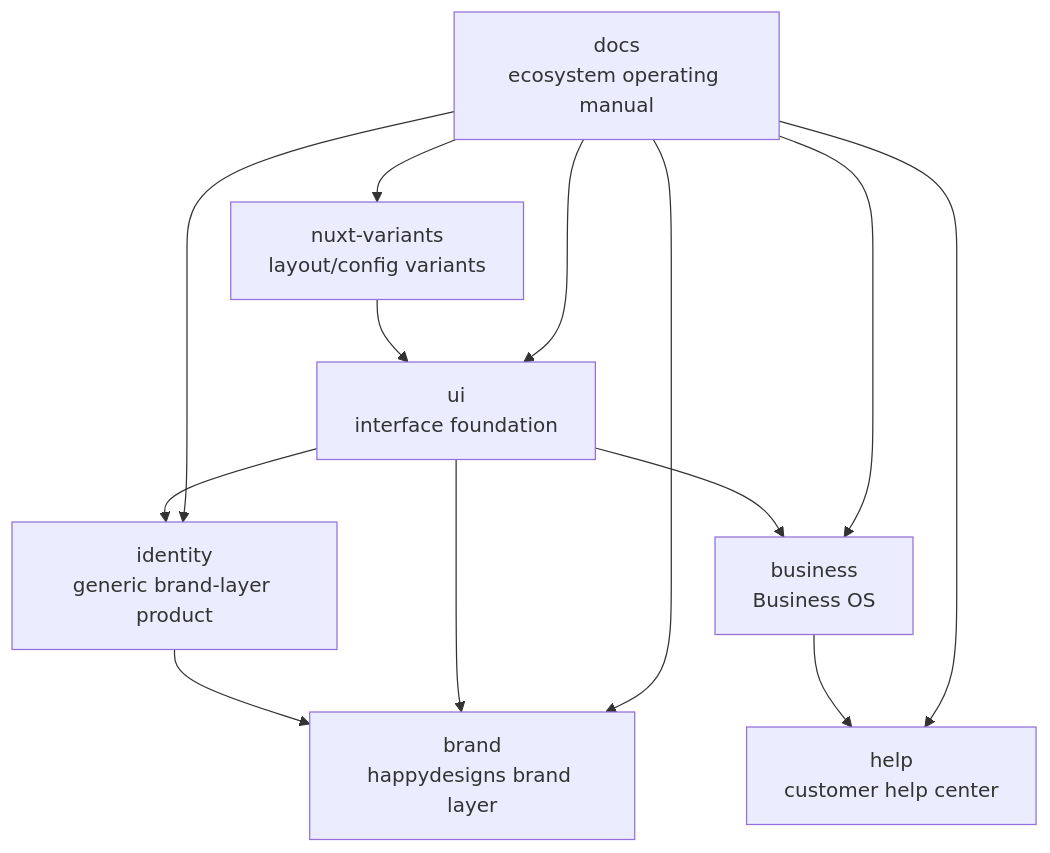
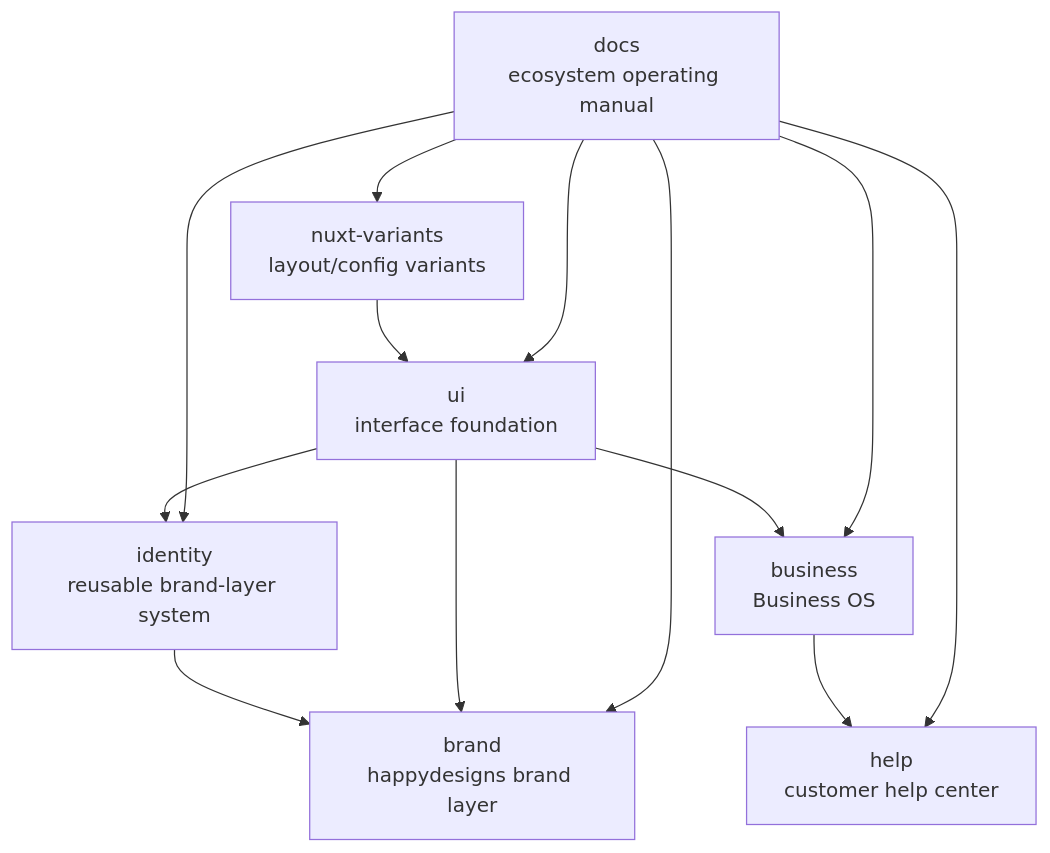
One commit to happydesigns/docs changed the diagram in content/en/1.start/2.ecosystem-map.md. Above: the diagram before and after it, drawn with Mermaid. The commit also changed other lines of this file and 35 other files, not shown here.

````diff
--- a/content/en/1.start/2.ecosystem-map.md
+++ b/content/en/1.start/2.ecosystem-map.md
@@ -13,16 +13,16 @@
 ```mermaid
 flowchart TD
   Docs["docs<br/>ecosystem operating manual"] --> UI["ui<br/>interface foundation"]
-  Docs --> Identity["identity<br/>generic brand-layer product"]
+  Docs --> Identity["identity<br/>reusable brand-layer system"]
   Docs --> Brand["brand<br/>happydesigns brand layer"]
   Docs --> Business["business<br/>Business OS"]
   Docs --> Variants["nuxt-variants<br/>layout/config variants"]
   Docs --> Help["help<br/>customer help center"]
 
   UI --> Brand
   UI --> Identity
   Identity --> Brand
   UI --> Business
   Variants --> UI
   Business --> Help
 ```
````
